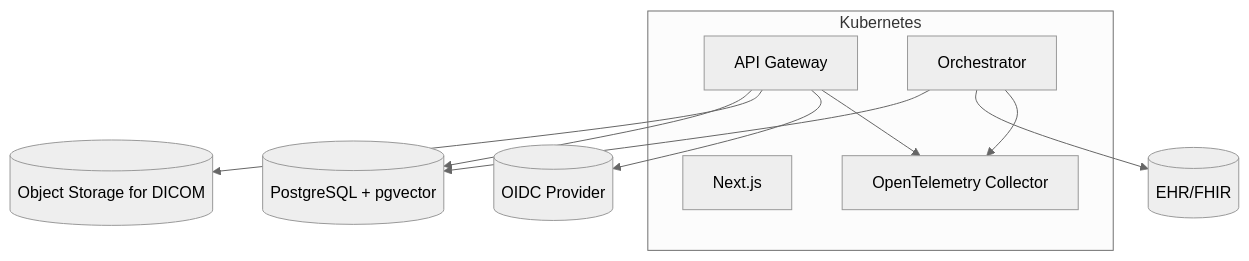
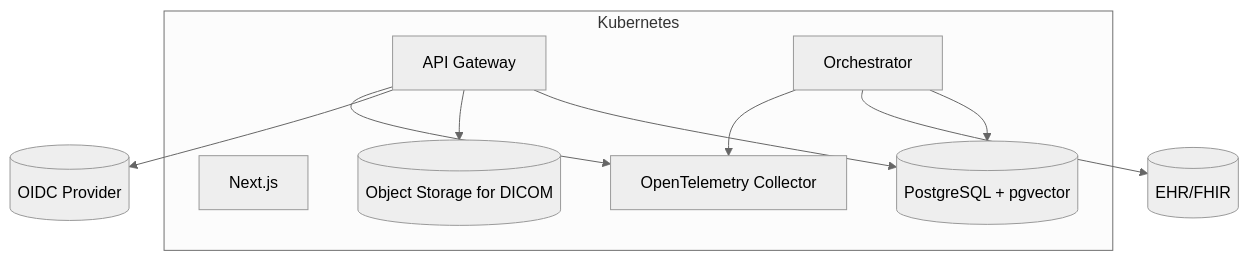
The diagram in docs/architecture/deployment.md (Smyan1909/OptiMed), drawn with Mermaid (neutral theme) before and after one commit. The commit also changed 5 other files, not shown here.

````diff
--- a/docs/architecture/deployment.md
+++ b/docs/architecture/deployment.md
@@ -18,20 +18,20 @@
 ```mermaid
 flowchart TB
   subgraph Cluster[Kubernetes]
     GW[API Gateway]
     ORCH[Orchestrator]
     WEB[Next.js]
     OTEL[OpenTelemetry Collector]
+    DB[(PostgreSQL + pgvector)]
+    OBJ[(Object Storage for DICOM)]
   end
-  DB[(PostgreSQL + pgvector)]
-  OBJ[(Object Storage for DICOM)]
   AUTH[(OIDC Provider)]
   EHR[(EHR/FHIR)]
   GW-->DB
   ORCH-->DB
   GW-->OBJ
   GW-->AUTH
   ORCH-->EHR
   GW-->OTEL
   ORCH-->OTEL
 ```
````
